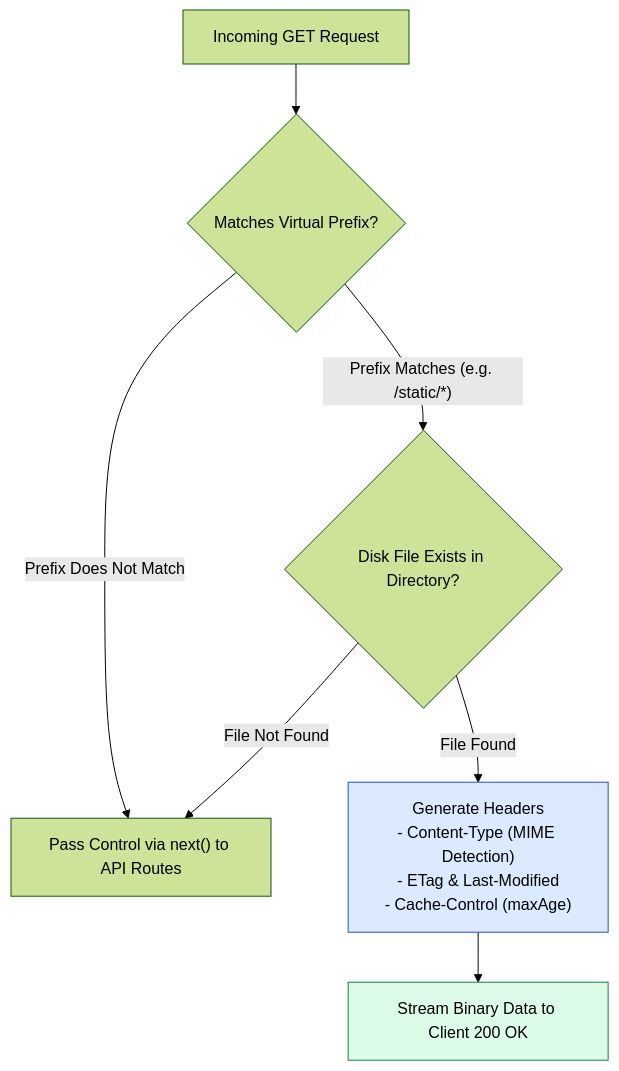
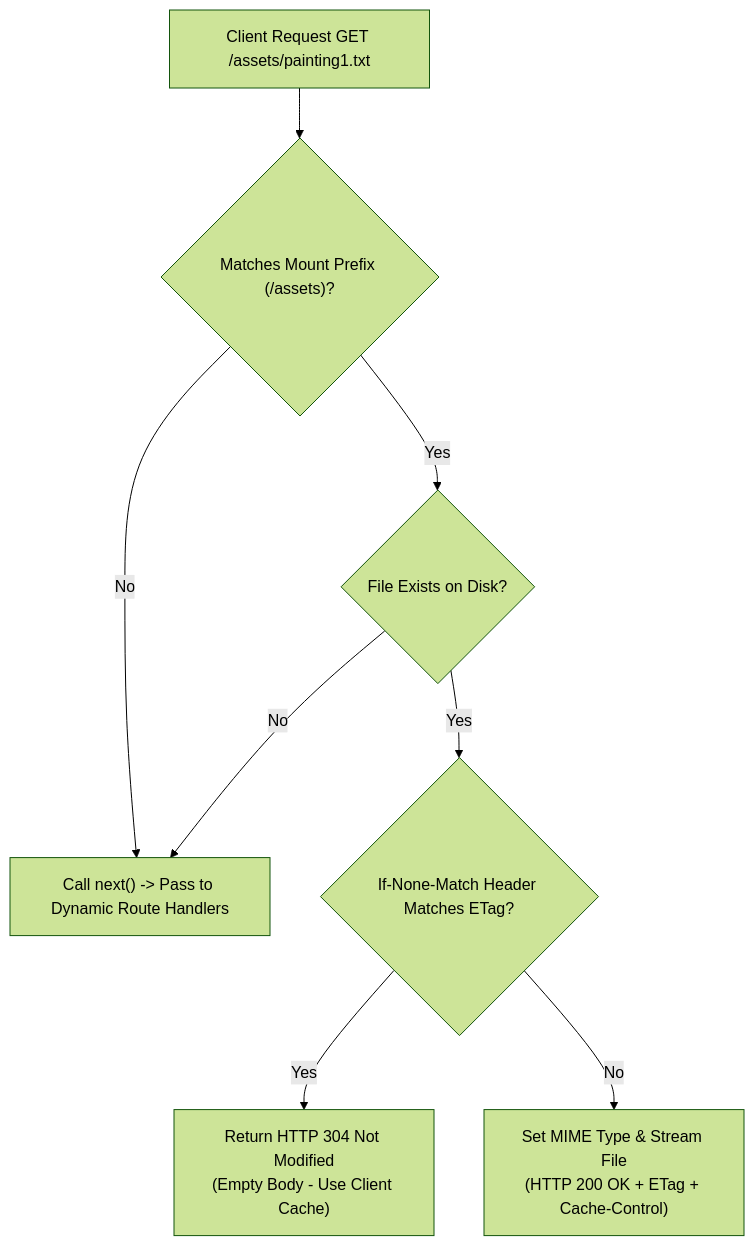
Before and after one commit to Amie-dev/engineering-playbook: the diagram in express-notes/10-static-files.md, drawn with Mermaid (forest theme). The commit also changed other lines of this file and 26 other files, not shown here.

First line of the commit message:
Refactor middleware pipeline architecture and API gateway design for enhanced clarity and functionality

````diff
--- a/express-notes/10-static-files.md
+++ b/express-notes/10-static-files.md
@@ -13,15 +7,13 @@
 ```mermaid
 flowchart TD
-    ClientReq[Incoming GET Request] --> PathMatch{Matches Virtual Prefix?}
-
-    PathMatch -- "Prefix Matches (e.g. /static/*)" --> FileLookup{Disk File Exists in Directory?}
-    PathMatch -- "Prefix Does Not Match" --> FallbackRoute["Pass Control via next() to API Routes"]
-
-    FileLookup -- "File Found" --> HeaderGen["Generate Headers<br/>- Content-Type (MIME Detection)<br/>- ETag & Last-Modified<br/>- Cache-Control (maxAge)"]
-    FileLookup -- "File Not Found" --> FallbackRoute
-
-    HeaderGen --> StreamFile[Stream Binary Data to Client 200 OK]
-
-    style HeaderGen fill:#dbeafe,stroke:#1d4ed8
-    style StreamFile fill:#dcfce7,stroke:#15803d
+    ClientReq["Client Request GET /assets/painting1.txt"] --> MountCheck{"Matches Mount Prefix (/assets)?"}
+    
+    MountCheck -->|No| NextMW["Call next() -> Pass to Dynamic Route Handlers"]
+    MountCheck -->|Yes| DiskCheck{"File Exists on Disk?"}
+    
+    DiskCheck -->|No| NextMW
+    DiskCheck -->|Yes| ETagCheck{"If-None-Match Header Matches ETag?"}
+    
+    ETagCheck -->|Yes| Status304["Return HTTP 304 Not Modified<br/>(Empty Body - Use Client Cache)"]
+    ETagCheck -->|No| StreamFile["Set MIME Type & Stream File<br/>(HTTP 200 OK + ETag + Cache-Control)"]
 ```
````
